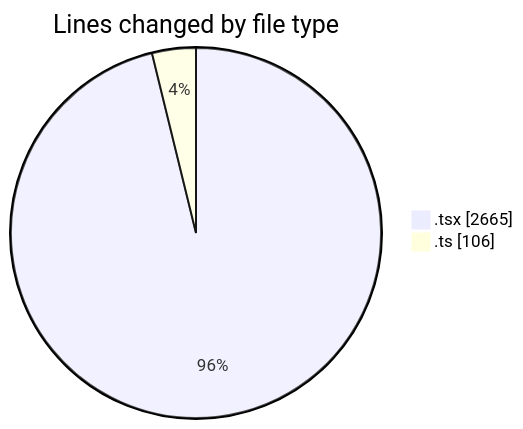
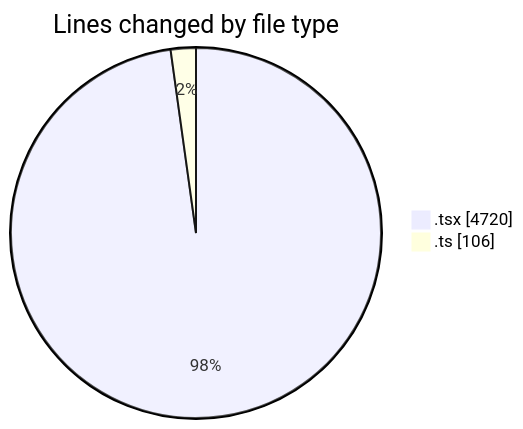
One commit to nxtqubesakshisongat/code-tracking changed the first of 2 diagrams in 2026-08-16/nxtqube_webapp/README.md. Above: the diagram before and after it, drawn with Mermaid. The commit also changed other lines of this file and 1 other file, not shown here.

````diff
--- a/2026-08-16/nxtqube_webapp/README.md
+++ b/2026-08-16/nxtqube_webapp/README.md
@@ -24,6 +29,6 @@
 ```mermaid
 pie showData
 title Lines changed by file type
-".tsx" : 2665
+".tsx" : 4720
 ".ts" : 106
 ```
````
